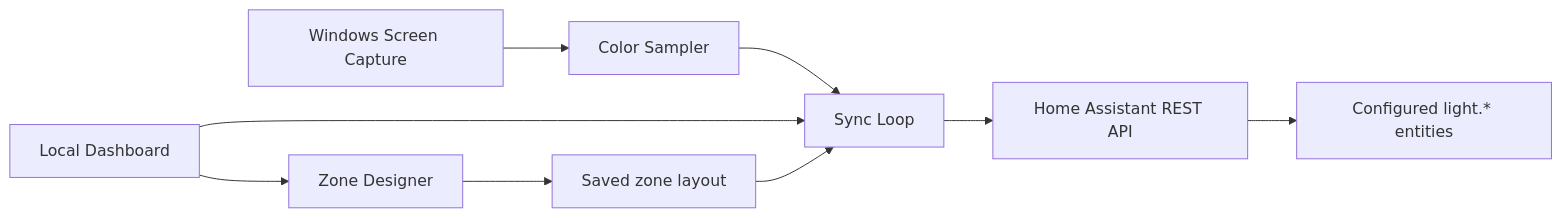
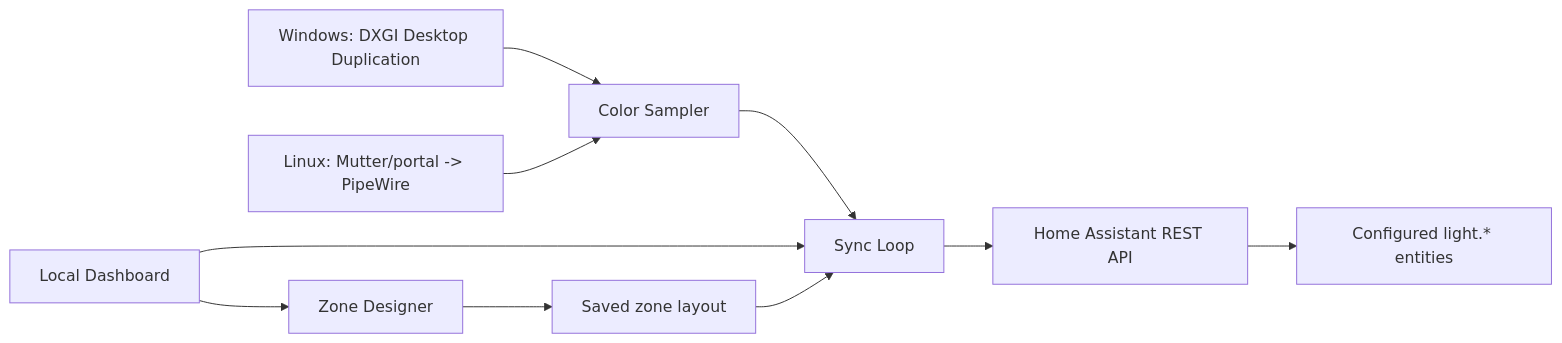
The diagram in README.md (Jxn01/matterlights), drawn with Mermaid before and after one commit. The commit also changed other lines of this file and 3 other files, not shown here.

````diff
--- a/README.md
+++ b/README.md
@@ -38,11 +40,12 @@
 ```mermaid
 flowchart LR
-	Screen[Windows Screen Capture] --> Sampler[Color Sampler]
+	Win[Windows: DXGI Desktop Duplication] --> Sampler[Color Sampler]
+	Lin[Linux: Mutter/portal -> PipeWire] --> Sampler
 	Sampler --> Sync[Sync Loop]
 	Sync --> HA[Home Assistant REST API]
 	HA --> Lights[Configured light.* entities]
 	Dashboard[Local Dashboard] --> Sync
 	Dashboard --> ZoneUI[Zone Designer]
 	ZoneUI --> ZoneFile[Saved zone layout]
 	ZoneFile --> Sync
 ```
````
